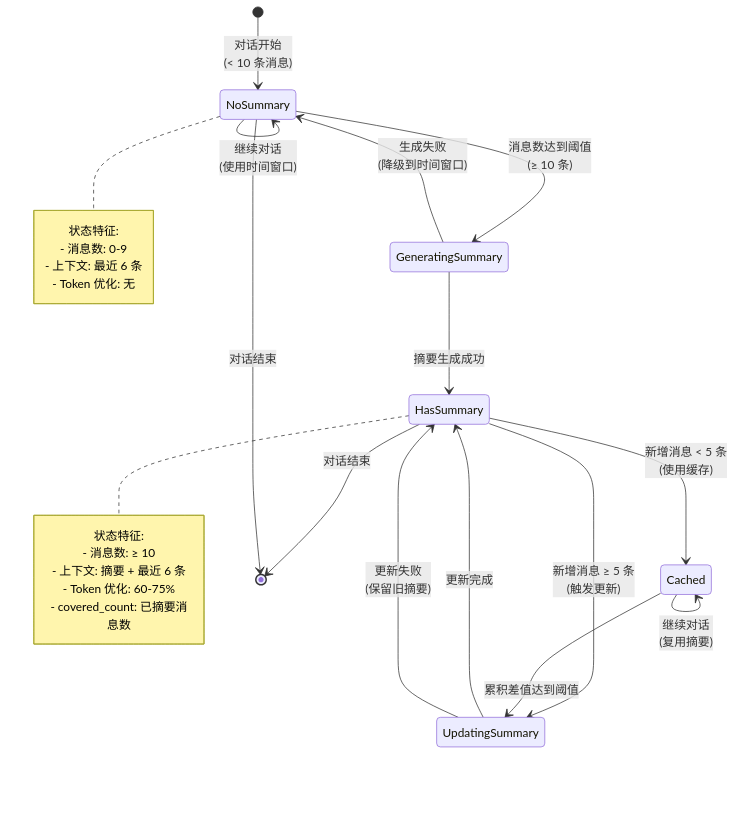
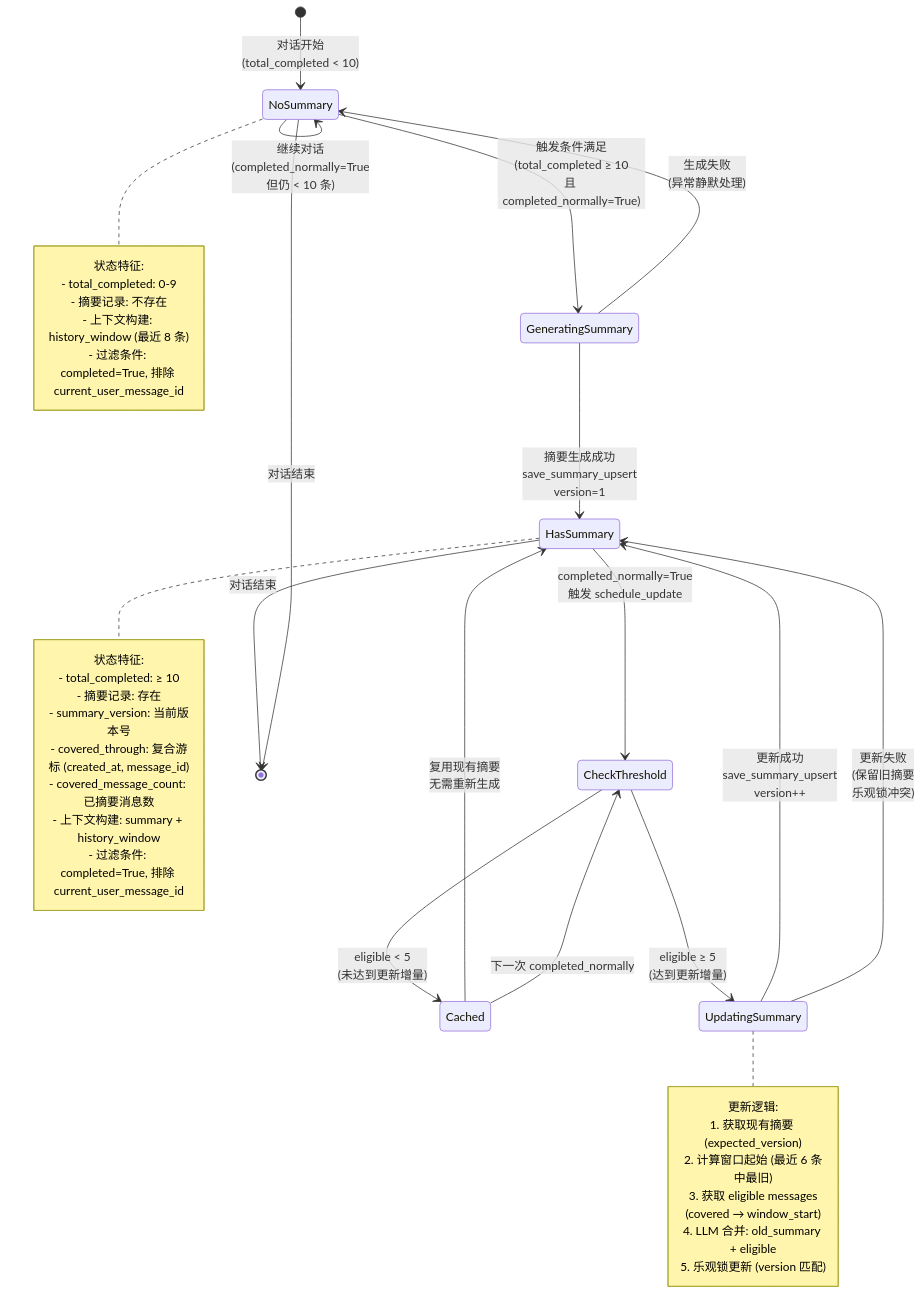
Before and after one commit to stormJun/movie_agent: the second of 15 diagrams in docs/1.1.4/1.1.4.1/chat-history-evolution.md, drawn with Mermaid. The commit also changed other lines of this file, not shown here.

First line of the commit message:
docs: restructure Phase 1 documentation for better flow

````diff
--- a/docs/1.1.4/1.1.4.1/chat-history-evolution.md
+++ b/docs/1.1.4/1.1.4.1/chat-history-evolution.md
@@ -1311,37 +197,53 @@
 ```mermaid
 stateDiagram-v2
-    [*] --> NoSummary: 对话开始<br/>(< 10 条消息)
+    [*] --> NoSummary: 对话开始<br/>(total_completed < 10)
 
-    NoSummary --> GeneratingSummary: 消息数达到阈值<br/>(≥ 10 条)
-    NoSummary --> NoSummary: 继续对话<br/>(使用时间窗口)
+    NoSummary --> NoSummary: 继续对话<br/>(completed_normally=True<br/>但仍 < 10 条)
+    NoSummary --> GeneratingSummary: 触发条件满足<br/>(total_completed ≥ 10<br/>且 completed_normally=True)
 
-    GeneratingSummary --> HasSummary: 摘要生成成功
-    GeneratingSummary --> NoSummary: 生成失败<br/>(降级到时间窗口)
+    GeneratingSummary --> HasSummary: 摘要生成成功<br/>save_summary_upsert<br/>version=1
+    GeneratingSummary --> NoSummary: 生成失败<br/>(异常静默处理)
 
-    HasSummary --> Cached: 新增消息 < 5 条<br/>(使用缓存)
-    HasSummary --> UpdatingSummary: 新增消息 ≥ 5 条<br/>(触发更新)
+    HasSummary --> CheckThreshold: completed_normally=True<br/>触发 schedule_update
 
-    Cached --> Cached: 继续对话<br/>(复用摘要)
-    Cached --> UpdatingSummary: 累积差值达到阈值
+    CheckThreshold --> Cached: eligible < 5<br/>(未达到更新增量)
+    CheckThreshold --> UpdatingSummary: eligible ≥ 5<br/>(达到更新增量)
 
-    UpdatingSummary --> HasSummary: 更新完成
-    UpdatingSummary --> HasSummary: 更新失败<br/>(保留旧摘要)
+    Cached --> HasSummary: 复用现有摘要<br/>无需重新生成
+    Cached --> CheckThreshold: 下一次 completed_normally
+
+    UpdatingSummary --> HasSummary: 更新成功<br/>save_summary_upsert<br/>version++
+    UpdatingSummary --> HasSummary: 更新失败<br/>(保留旧摘要<br/>乐观锁冲突)
 
     HasSummary --> [*]: 对话结束
     NoSummary --> [*]: 对话结束
 
     note right of NoSummary
         状态特征:
-        - 消息数: 0-9
-        - 上下文: 最近 6 条
-        - Token 优化: 无
+        - total_completed: 0-9
+        - 摘要记录: 不存在
+        - 上下文构建: history_window (最近 8 条)
+        - 过滤条件: completed=True, 排除 current_user_message_id
     end note
 
     note right of HasSummary
         状态特征:
-        - 消息数: ≥ 10
-        - 上下文: 摘要 + 最近 6 条
-        - Token 优化: 60-75%
-        - covered_count: 已摘要消息数
+        - total_completed: ≥ 10
+        - 摘要记录: 存在
+        - summary_version: 当前版本号
+        - covered_through: 复合游标 (created_at, message_id)
+        - covered_message_count: 已摘要消息数
+        - 上下文构建: summary + history_window
+        - 过滤条件: completed=True, 排除 current_user_message_id
+    end note
+
+    note right of UpdatingSummary
+        更新逻辑:
+        1. 获取现有摘要 (expected_version)
+        2. 计算窗口起始 (最近 6 条中最旧)
+        3. 获取 eligible messages
+           (covered → window_start)
+        4. LLM 合并: old_summary + eligible
+        5. 乐观锁更新 (version 匹配)
     end note
 ```
````
